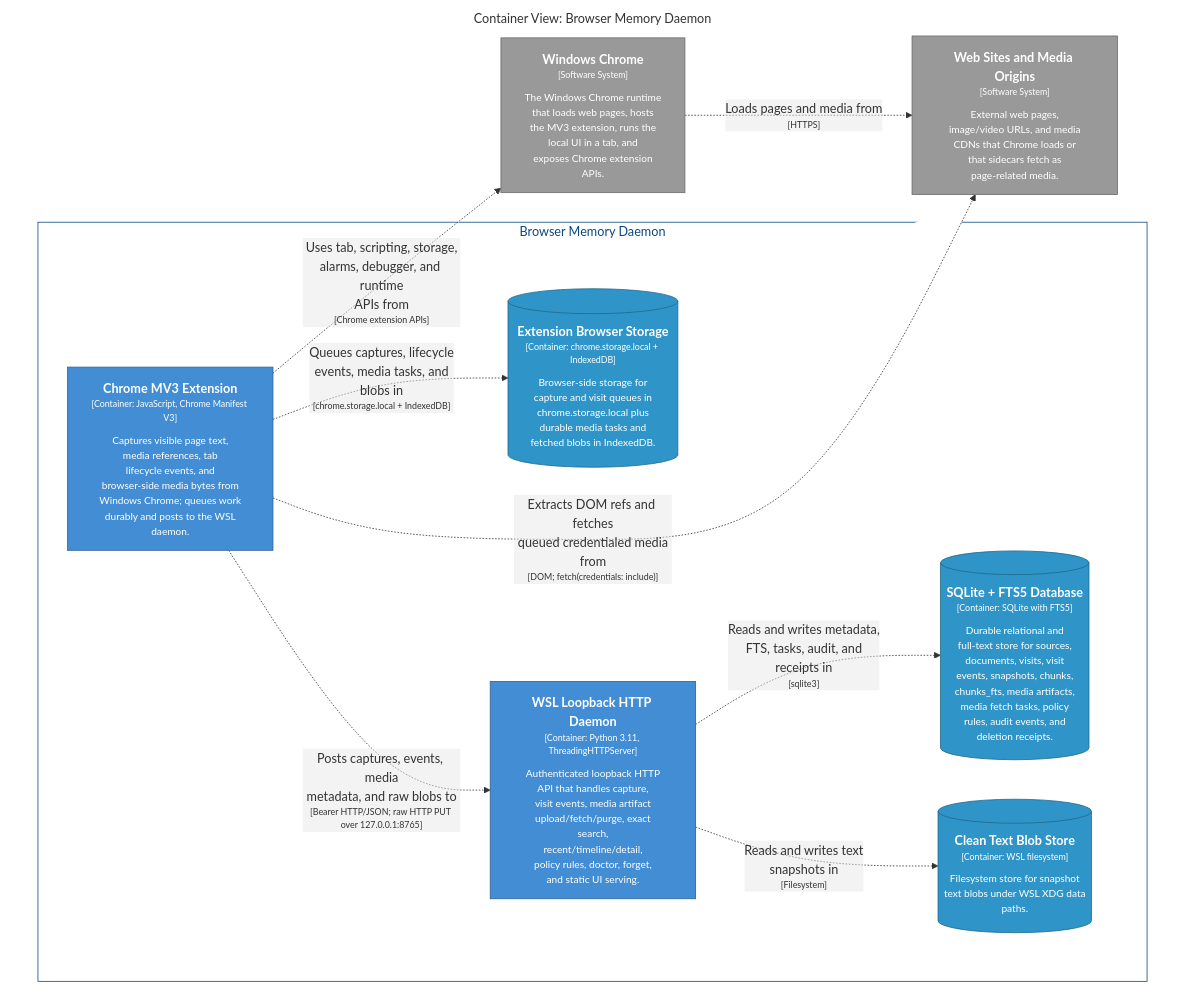
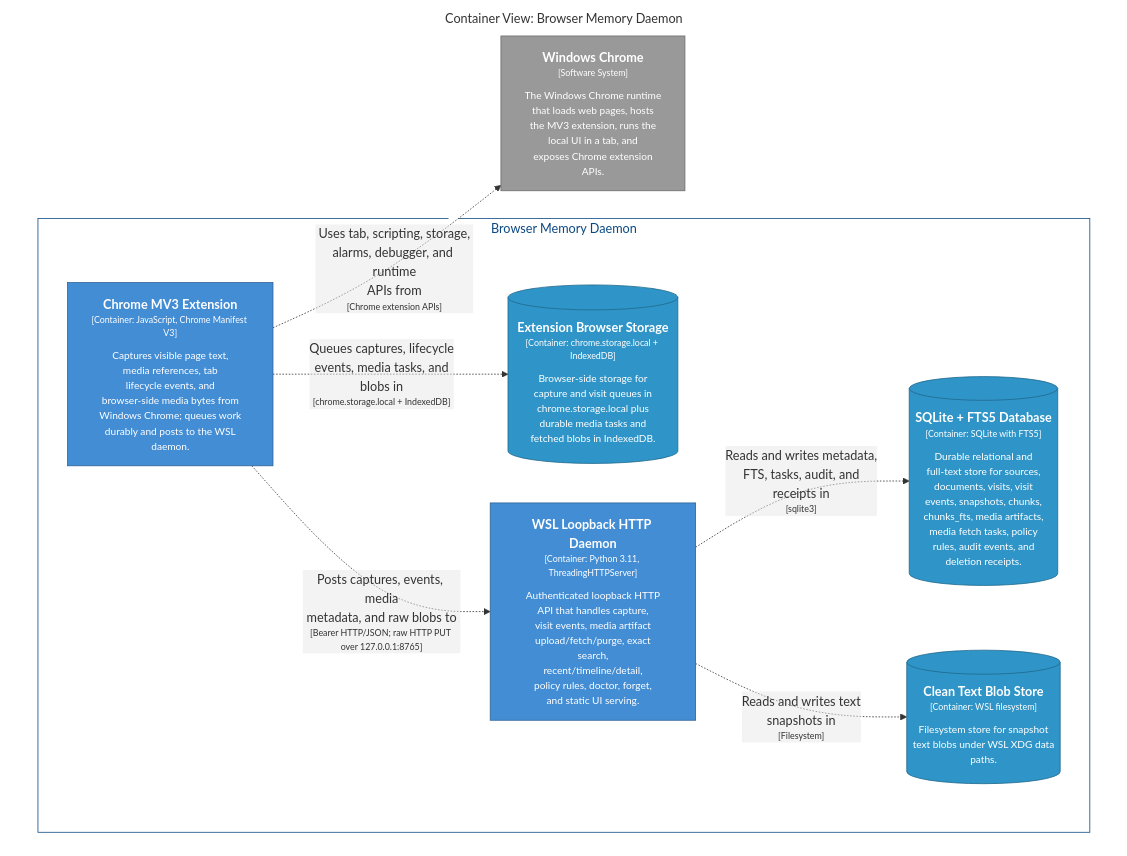
The diagram in architecture/diagrams/markdown/CaptureContainers.md (michaelnicks0/browser-memory-daemon), drawn with Mermaid before and after one commit. The commit also changed other lines of this file and 83 other files, not shown here.

Commit message:
docs: clean C4 diagram renders

````diff
--- a/architecture/diagrams/markdown/CaptureContainers.md
+++ b/architecture/diagrams/markdown/CaptureContainers.md
@@ -7,37 +16,33 @@
 ```mermaid
 graph TB
   linkStyle default fill:#ffffff
 
   subgraph diagram ["Container View: Browser Memory Daemon"]
     style diagram fill:#ffffff,stroke:#ffffff
 
     2["<div style='font-weight: bold'>Windows Chrome</div><div style='font-size: 70%; margin-top: 0px'>[Software System]</div><div style='font-size: 80%; margin-top:10px'>The Windows Chrome runtime<br />that loads web pages, hosts<br />the MV3 extension, runs the<br />local UI in a tab, and<br />exposes Chrome extension<br />APIs.</div>"]
     style 2 fill:#999999,stroke:#6b6b6b,color:#ffffff
-    3["<div style='font-weight: bold'>Web Sites and Media Origins</div><div style='font-size: 70%; margin-top: 0px'>[Software System]</div><div style='font-size: 80%; margin-top:10px'>External web pages,<br />image/video URLs, and media<br />CDNs that Chrome loads or<br />that sidecars fetch as<br />page-related media.</div>"]
-    style 3 fill:#999999,stroke:#6b6b6b,color:#ffffff
 
     subgraph 4 ["Browser Memory Daemon"]
       style 4 fill:#ffffff,stroke:#0b4884,color:#0b4884
 
       13[("<div style='font-weight: bold'>Extension Browser Storage</div><div style='font-size: 70%; margin-top: 0px'>[Container: chrome.storage.local + IndexedDB]</div><div style='font-size: 80%; margin-top:10px'>Browser-side storage for<br />capture and visit queues in<br />chrome.storage.local plus<br />durable media tasks and<br />fetched blobs in IndexedDB.</div>")]
       style 13 fill:#2f95c8,stroke:#20688c,color:#ffffff
       14["<div style='font-weight: bold'>WSL Loopback HTTP Daemon</div><div style='font-size: 70%; margin-top: 0px'>[Container: Python 3.11, ThreadingHTTPServer]</div><div style='font-size: 80%; margin-top:10px'>Authenticated loopback HTTP<br />API that handles capture,<br />visit events, media artifact<br />upload/fetch/purge, exact<br />search,<br />recent/timeline/detail,<br />policy rules, doctor, forget,<br />and static UI serving.</div>"]
       style 14 fill:#438dd5,stroke:#2e6295,color:#ffffff
       27[("<div style='font-weight: bold'>SQLite + FTS5 Database</div><div style='font-size: 70%; margin-top: 0px'>[Container: SQLite with FTS5]</div><div style='font-size: 80%; margin-top:10px'>Durable relational and<br />full-text store for sources,<br />documents, visits, visit<br />events, snapshots, chunks,<br />chunks_fts, media artifacts,<br />media fetch tasks, policy<br />rules, audit events, and<br />deletion receipts.</div>")]
       style 27 fill:#2f95c8,stroke:#20688c,color:#ffffff
       28[("<div style='font-weight: bold'>Clean Text Blob Store</div><div style='font-size: 70%; margin-top: 0px'>[Container: WSL filesystem]</div><div style='font-size: 80%; margin-top:10px'>Filesystem store for snapshot<br />text blobs under WSL XDG data<br />paths.</div>")]
       style 28 fill:#2f95c8,stroke:#20688c,color:#ffffff
       5["<div style='font-weight: bold'>Chrome MV3 Extension</div><div style='font-size: 70%; margin-top: 0px'>[Container: JavaScript, Chrome Manifest V3]</div><div style='font-size: 80%; margin-top:10px'>Captures visible page text,<br />media references, tab<br />lifecycle events, and<br />browser-side media bytes from<br />Windows Chrome; queues work<br />durably and posts to the WSL<br />daemon.</div>"]
       style 5 fill:#438dd5,stroke:#2e6295,color:#ffffff
     end
 
-    2-. "<div>Loads pages and media from</div><div style='font-size: 70%'>[HTTPS]</div>" .->3
     5-. "<div>Uses tab, scripting, storage,<br />alarms, debugger, and runtime<br />APIs from</div><div style='font-size: 70%'>[Chrome extension APIs]</div>" .->2
-    5-. "<div>Extracts DOM refs and fetches<br />queued credentialed media<br />from</div><div style='font-size: 70%'>[DOM; fetch(credentials: include)]</div>" .->3
     5-. "<div>Queues captures, lifecycle<br />events, media tasks, and<br />blobs in</div><div style='font-size: 70%'>[chrome.storage.local + IndexedDB]</div>" .->13
     5-. "<div>Posts captures, events, media<br />metadata, and raw blobs to</div><div style='font-size: 70%'>[Bearer HTTP/JSON; raw HTTP PUT over 127.0.0.1:8765]</div>" .->14
     14-. "<div>Reads and writes metadata,<br />FTS, tasks, audit, and<br />receipts in</div><div style='font-size: 70%'>[sqlite3]</div>" .->27
     14-. "<div>Reads and writes text<br />snapshots in</div><div style='font-size: 70%'>[Filesystem]</div>" .->28
 
   end
 ```
````
